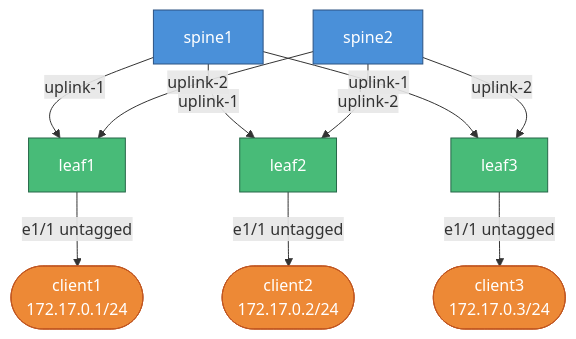
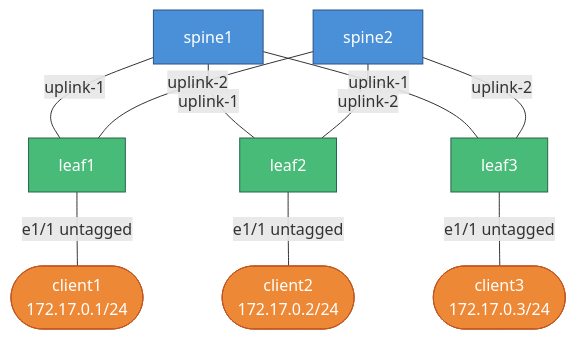
The diagram in part2-service-overlays.md (thcorre/eda-quick-tour), drawn with Mermaid before and after one commit.

Commit message:
Use undirected links (no arrows) in Service Architecture diagram

````diff
--- a/part2-service-overlays.md
+++ b/part2-service-overlays.md
@@ -89,30 +89,30 @@
 ```mermaid
 graph TD
     spine1[spine1]
     spine2[spine2]
     leaf1[leaf1]
     leaf2[leaf2]
     leaf3[leaf3]
     c1([client1<br/>172.17.0.1/24])
     c2([client2<br/>172.17.0.2/24])
     c3([client3<br/>172.17.0.3/24])
 
-    spine1 -->|uplink-1| leaf1
-    spine1 -->|uplink-1| leaf2
-    spine1 -->|uplink-1| leaf3
-    spine2 -->|uplink-2| leaf1
-    spine2 -->|uplink-2| leaf2
-    spine2 -->|uplink-2| leaf3
+    spine1 ---|uplink-1| leaf1
+    spine1 ---|uplink-1| leaf2
+    spine1 ---|uplink-1| leaf3
+    spine2 ---|uplink-2| leaf1
+    spine2 ---|uplink-2| leaf2
+    spine2 ---|uplink-2| leaf3
 
-    leaf1 -->|e1/1 untagged| c1
-    leaf2 -->|e1/1 untagged| c2
-    leaf3 -->|e1/1 untagged| c3
+    leaf1 ---|e1/1 untagged| c1
+    leaf2 ---|e1/1 untagged| c2
+    leaf3 ---|e1/1 untagged| c3
 
     classDef spine fill:#4a90d9,color:#fff,stroke:#2c5282
     classDef leaf fill:#48bb78,color:#fff,stroke:#276749
     classDef client fill:#ed8936,color:#fff,stroke:#c05621
 
     class spine1,spine2 spine
     class leaf1,leaf2,leaf3 leaf
     class c1,c2,c3 client
 ```
````
